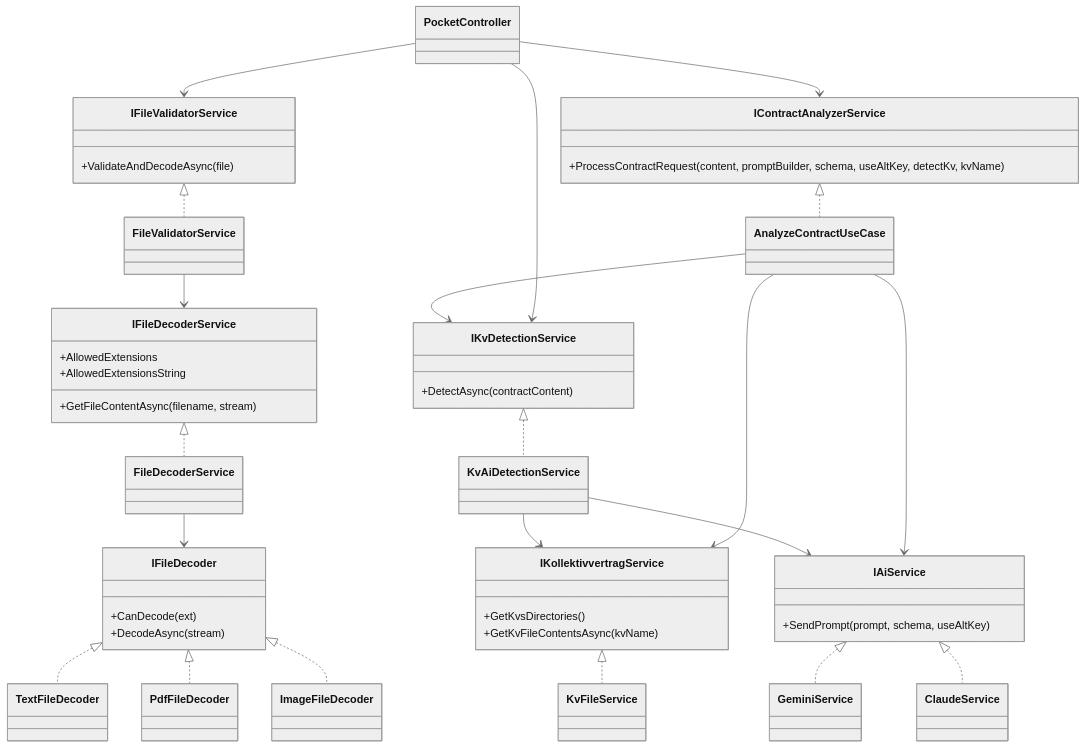
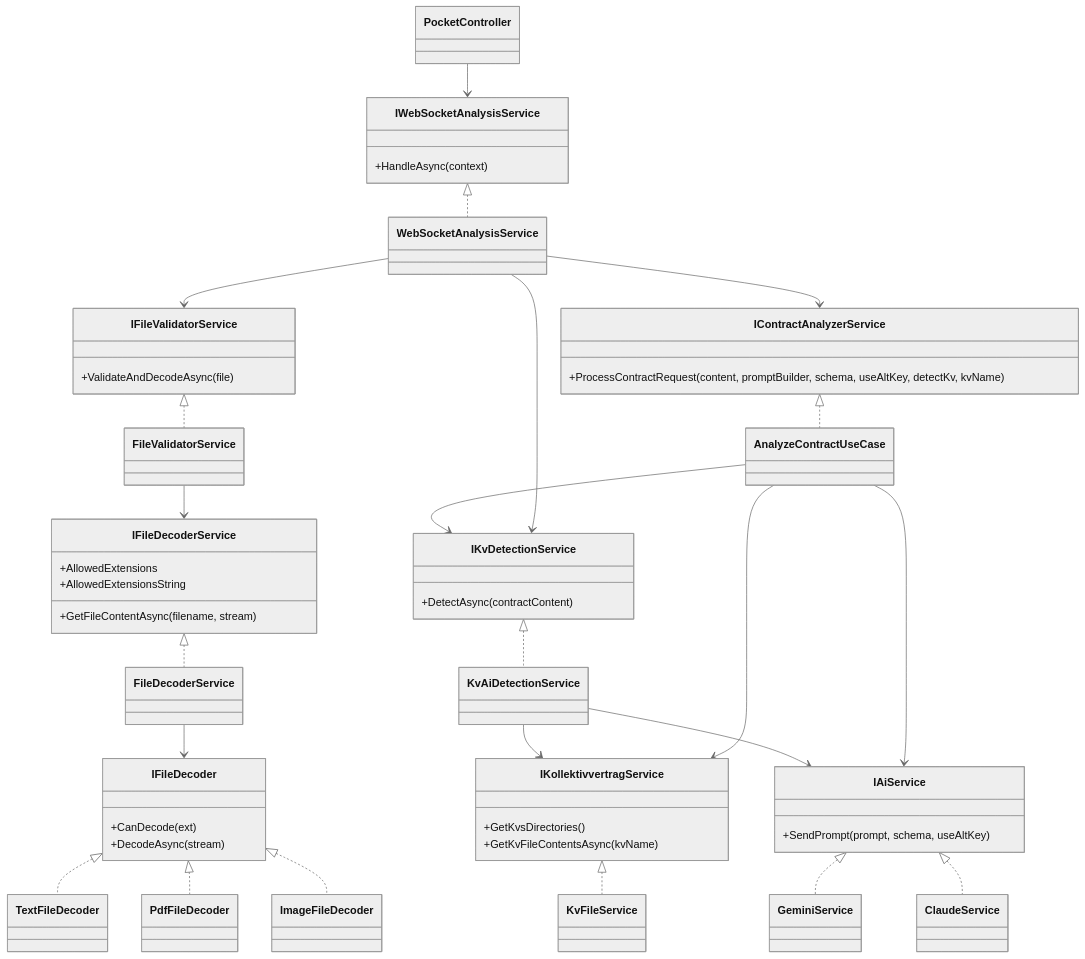
One commit to sebastian-305/PocketLawyer changed the sixth of 6 diagrams in docs/Diagrams/diagrams.md. Above: the diagram before and after it, drawn with Mermaid (neutral theme). The commit also changed other lines of this file, not shown here.

Commit message:
Update diagrams with WebSocketAnalysisService

````diff
--- a/docs/Diagrams/diagrams.md
+++ b/docs/Diagrams/diagrams.md
@@ -180,66 +186,73 @@
 ```mermaid
 classDiagram
     class IAiService {
         +SendPrompt(prompt, schema, useAltKey)
     }
     class GeminiService
     class ClaudeService
     IAiService <|.. GeminiService
     IAiService <|.. ClaudeService
 
     class IFileDecoder {
         +CanDecode(ext)
         +DecodeAsync(stream)
     }
     class TextFileDecoder
     class PdfFileDecoder
     class ImageFileDecoder
     IFileDecoder <|.. TextFileDecoder
     IFileDecoder <|.. PdfFileDecoder
     IFileDecoder <|.. ImageFileDecoder
 
     class IFileDecoderService {
         +AllowedExtensions
         +AllowedExtensionsString
         +GetFileContentAsync(filename, stream)
     }
     class FileDecoderService
     IFileDecoderService <|.. FileDecoderService
     FileDecoderService --> IFileDecoder
 
     class IFileValidatorService {
         +ValidateAndDecodeAsync(file)
     }
     class FileValidatorService
     IFileValidatorService <|.. FileValidatorService
     FileValidatorService --> IFileDecoderService
 
     class IKvDetectionService {
         +DetectAsync(contractContent)
     }
     class KvAiDetectionService
     IKvDetectionService <|.. KvAiDetectionService
     KvAiDetectionService --> IKollektivvertragService
     KvAiDetectionService --> IAiService
 
     class IKollektivvertragService {
         +GetKvsDirectories()
         +GetKvFileContentsAsync(kvName)
     }
     class KvFileService
     IKollektivvertragService <|.. KvFileService
 
     class IContractAnalyzerService {
         +ProcessContractRequest(content, promptBuilder, schema, useAltKey, detectKv, kvName)
     }
     class AnalyzeContractUseCase
     IContractAnalyzerService <|.. AnalyzeContractUseCase
     AnalyzeContractUseCase --> IAiService
     AnalyzeContractUseCase --> IKvDetectionService
     AnalyzeContractUseCase --> IKollektivvertragService
 
+    class IWebSocketAnalysisService {
+        +HandleAsync(context)
+    }
+    class WebSocketAnalysisService
+    IWebSocketAnalysisService <|.. WebSocketAnalysisService
+    WebSocketAnalysisService --> IFileValidatorService
+    WebSocketAnalysisService --> IKvDetectionService
+    WebSocketAnalysisService --> IContractAnalyzerService
+
     class PocketController
-    PocketController --> IFileValidatorService
-    PocketController --> IKvDetectionService
-    PocketController --> IContractAnalyzerService
+    PocketController --> IWebSocketAnalysisService
 ```
````
